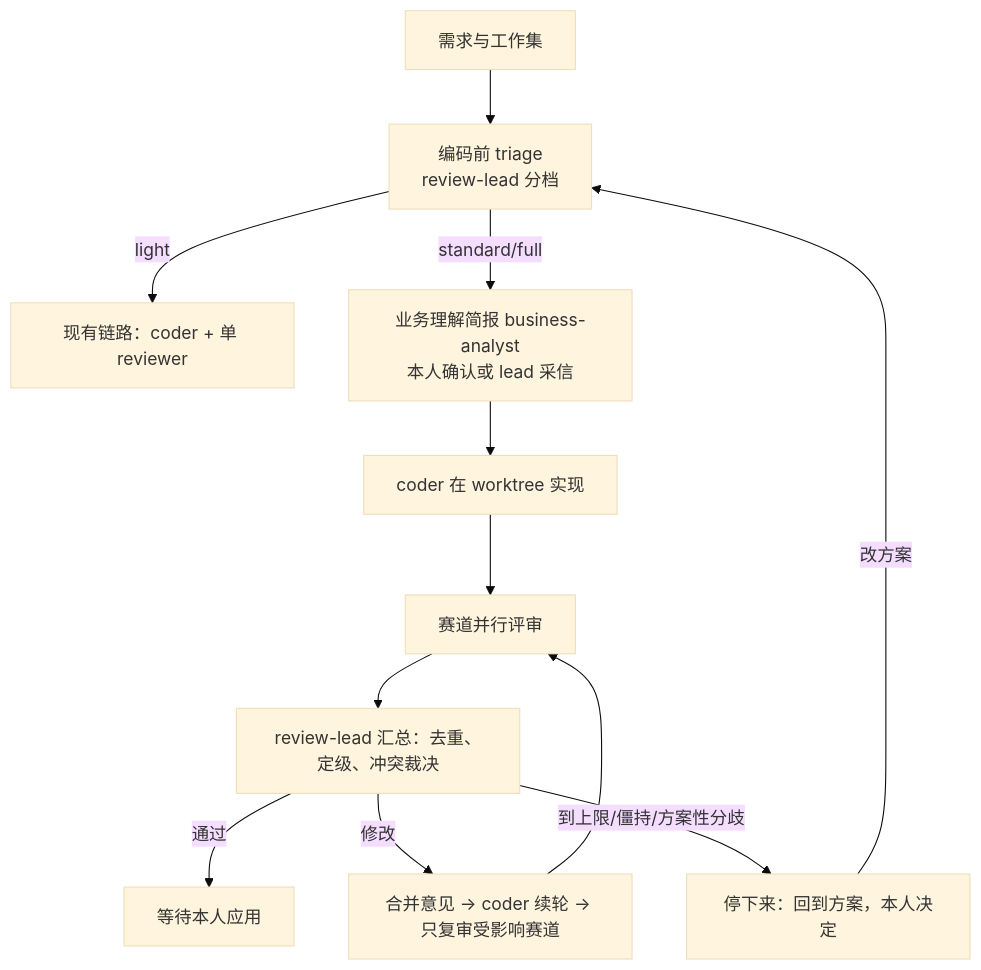
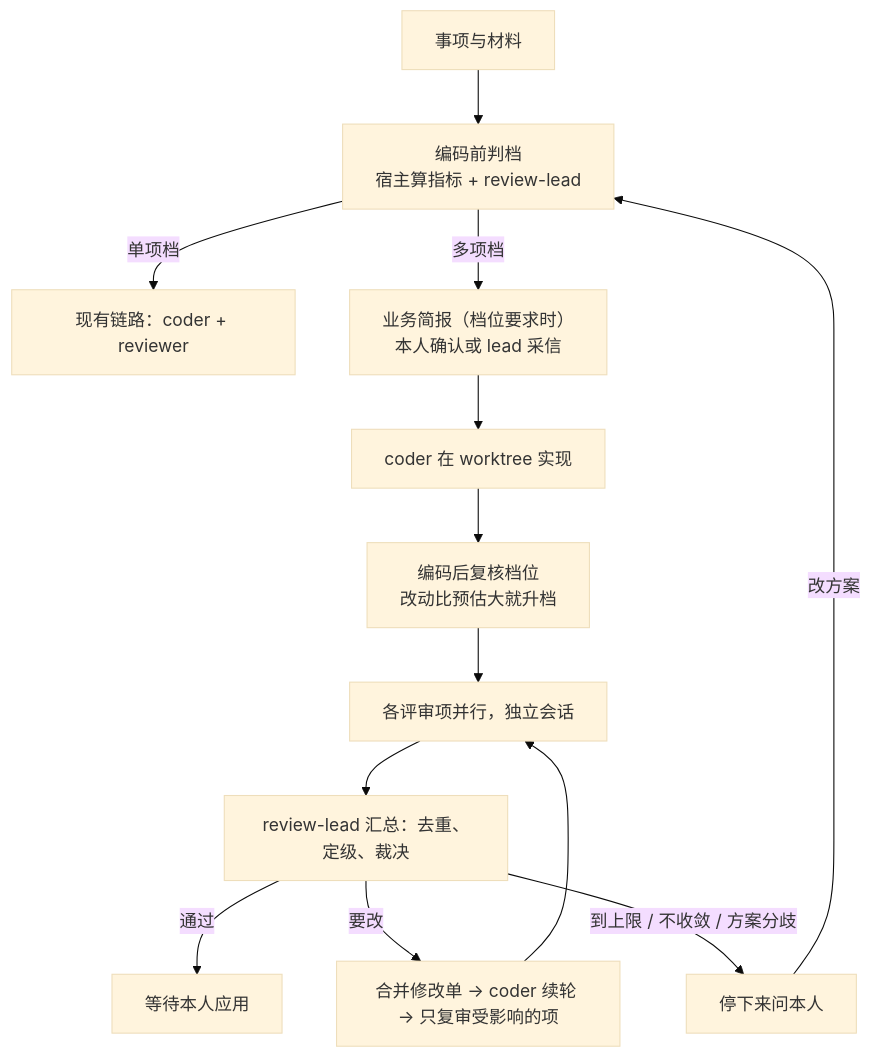
One commit to lejunyang/omem changed the diagram in docs/v2/review.md. Above: the diagram before and after it, drawn with Mermaid (base theme). The commit also changed other lines of this file and 15 other files, not shown here.

````diff
--- a/docs/v2/review.md
+++ b/docs/v2/review.md
@@ -26,14 +40,15 @@
 ```mermaid
 flowchart TD
-  A[需求与工作集] --> B[编码前 triage<br/>review-lead 分档]
-  B -->|light| L[现有链路：coder + 单 reviewer]
-  B -->|standard/full| P[业务理解简报 business-analyst<br/>本人确认或 lead 采信]
+  A[事项与材料] --> B[编码前判档<br/>宿主算指标 + review-lead]
+  B -->|单项档| L[现有链路：coder + reviewer]
+  B -->|多项档| P[业务简报（档位要求时）<br/>本人确认或 lead 采信]
   P --> C[coder 在 worktree 实现]
-  C --> D[赛道并行评审]
-  D --> E[review-lead 汇总：去重、定级、冲突裁决]
+  C --> B2[编码后复核档位<br/>改动比预估大就升档]
+  B2 --> D[各评审项并行，独立会话]
+  D --> E[review-lead 汇总：去重、定级、裁决]
   E -->|通过| S[等待本人应用]
-  E -->|修改| F[合并意见 → coder 续轮 → 只复审受影响赛道]
+  E -->|要改| F[合并修改单 → coder 续轮 → 只复审受影响的项]
   F --> D
-  E -->|到上限/僵持/方案性分歧| H[停下来：回到方案，本人决定]
+  E -->|到上限 / 不收敛 / 方案分歧| H[停下来问本人]
   H -->|改方案| B
 ```
````
